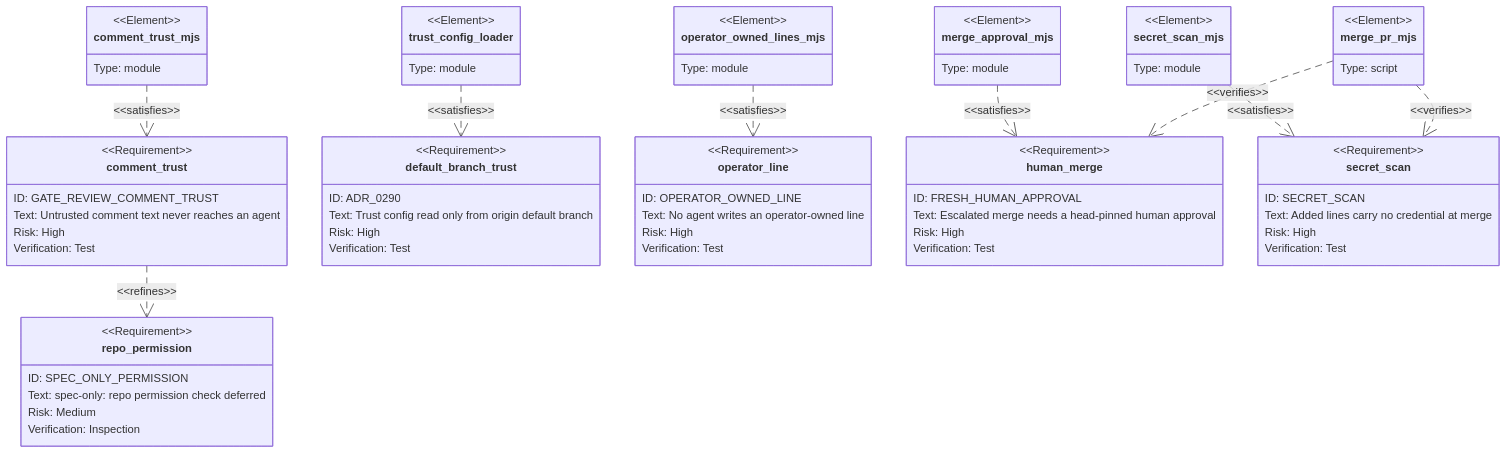
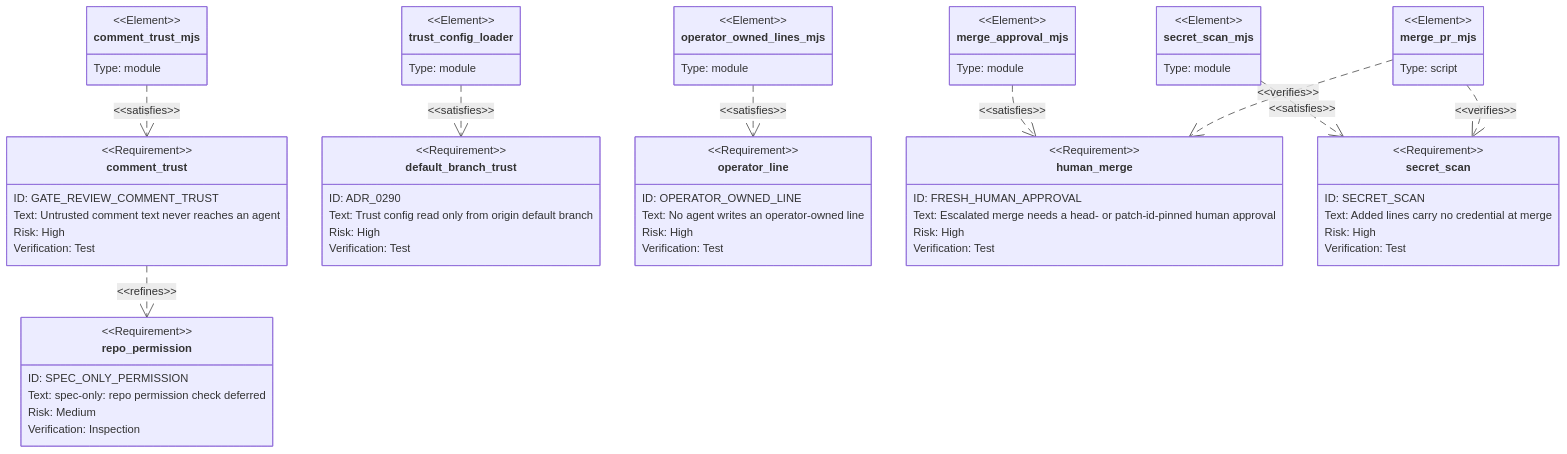
Before and after one commit to mfittko/dev-loops: the fifth of 13 diagrams in docs/atlas/12-security-trust.md, drawn with Mermaid. The commit also changed other lines of this file, not shown here.

````diff
--- a/docs/atlas/12-security-trust.md
+++ b/docs/atlas/12-security-trust.md
@@ -161,65 +161,65 @@
 ```mermaid
 requirementDiagram
   requirement comment_trust {
     id: GATE_REVIEW_COMMENT_TRUST
     text: "Untrusted comment text never reaches an agent"
     risk: high
     verifymethod: test
   }
   requirement default_branch_trust {
     id: ADR_0290
     text: "Trust config read only from origin default branch"
     risk: high
     verifymethod: test
   }
   requirement operator_line {
     id: OPERATOR_OWNED_LINE
     text: "No agent writes an operator-owned line"
     risk: high
     verifymethod: test
   }
   requirement human_merge {
     id: FRESH_HUMAN_APPROVAL
-    text: "Escalated merge needs a head-pinned human approval"
+    text: "Escalated merge needs a head- or patch-id-pinned human approval"
     risk: high
     verifymethod: test
   }
   requirement secret_scan {
     id: SECRET_SCAN
     text: "Added lines carry no credential at merge"
     risk: high
     verifymethod: test
   }
   requirement repo_permission {
     id: SPEC_ONLY_PERMISSION
     text: "spec-only: repo permission check deferred"
     risk: medium
     verifymethod: inspection
   }
   element comment_trust_mjs {
     type: module
   }
   element trust_config_loader {
     type: module
   }
   element operator_owned_lines_mjs {
     type: module
   }
   element merge_approval_mjs {
     type: module
   }
   element secret_scan_mjs {
     type: module
   }
   element merge_pr_mjs {
     type: script
   }
   comment_trust_mjs - satisfies -> comment_trust
   trust_config_loader - satisfies -> default_branch_trust
   operator_owned_lines_mjs - satisfies -> operator_line
   merge_approval_mjs - satisfies -> human_merge
   secret_scan_mjs - satisfies -> secret_scan
   merge_pr_mjs - verifies -> secret_scan
   merge_pr_mjs - verifies -> human_merge
   comment_trust - refines -> repo_permission
 ```
````
